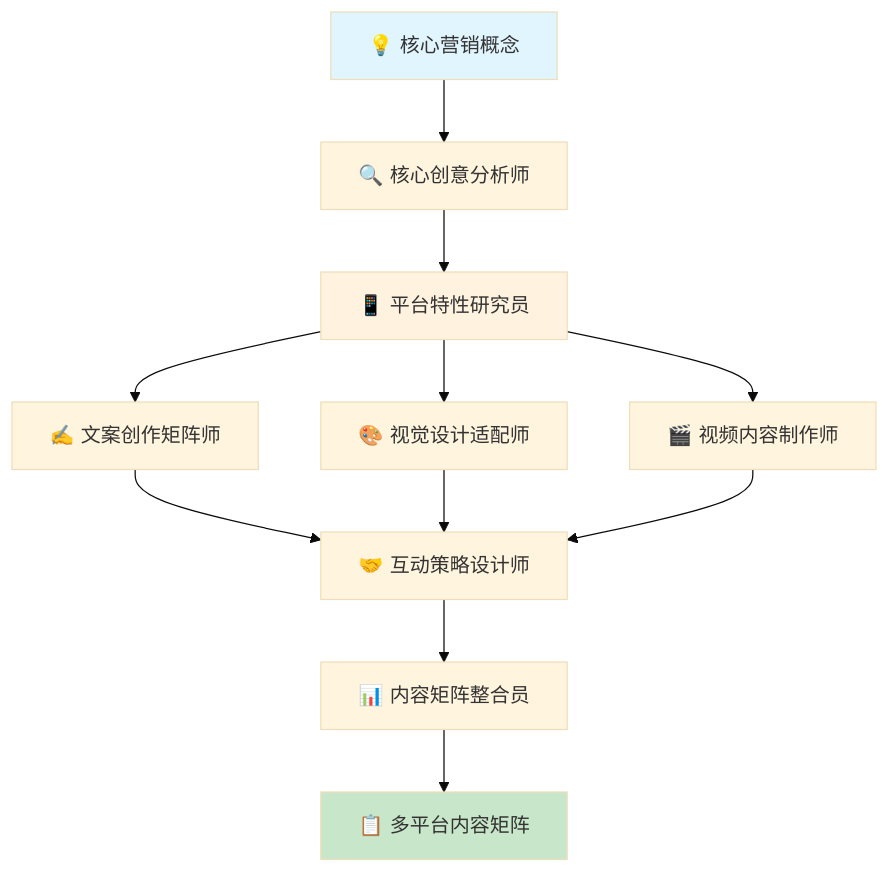
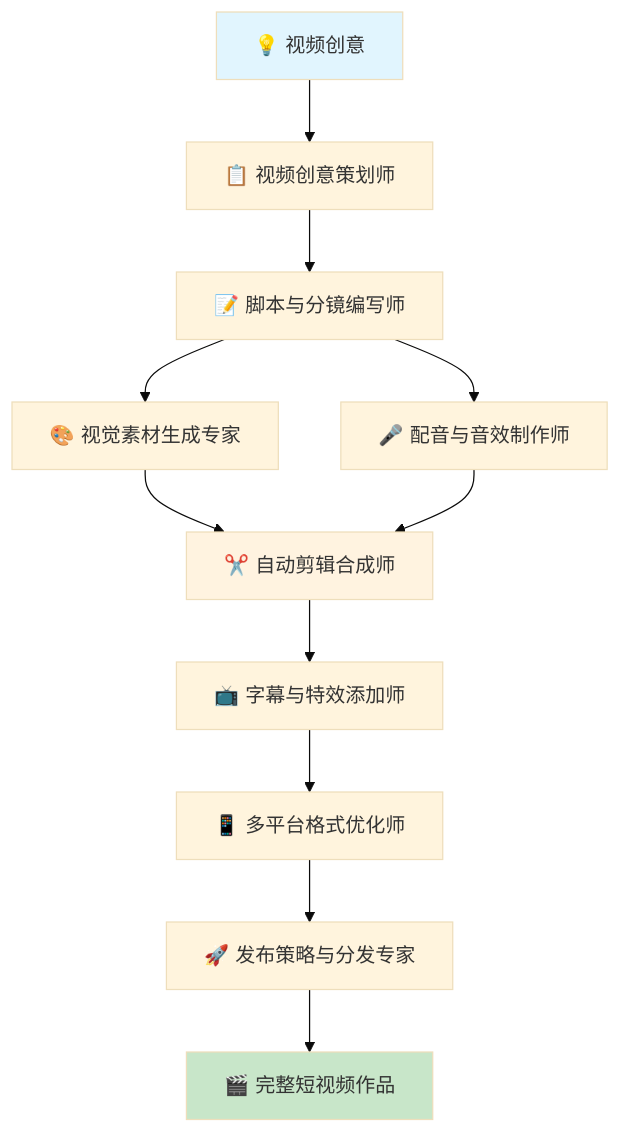
Before and after one commit to pftom/refly-use-cases: the second of 21 diagrams in use-cases/detailed-use-cases.md, drawn with Mermaid (base theme). The commit also changed other lines of this file and 1 other file, not shown here.

````diff
--- a/use-cases/detailed-use-cases.md
+++ b/use-cases/detailed-use-cases.md
@@ -315,17 +181,17 @@
 ```mermaid
 graph TD
-    A[💡 核心营销概念] --> B[🔍 核心创意分析师]
-    B --> C[📱 平台特性研究员]
-    C --> D[✍️ 文案创作矩阵师]
-    C --> E[🎨 视觉设计适配师]
-    C --> F[🎬 视频内容制作师]
-    D --> G[🤝 互动策略设计师]
-    E --> G
-    F --> G
-    G --> H[📊 内容矩阵整合员]
-    H --> I[📋 多平台内容矩阵]
+    A[💡 视频创意] --> B[📋 视频创意策划师]
+    B --> C[📝 脚本与分镜编写师]
+    C --> D[🎨 视觉素材生成专家]
+    C --> E[🎤 配音与音效制作师]
+    D --> F[✂️ 自动剪辑合成师]
+    E --> F
+    F --> G[📺 字幕与特效添加师]
+    G --> H[📱 多平台格式优化师]
+    H --> I[🚀 发布策略与分发专家]
+    I --> J[🎬 完整短视频作品]
     
     style A fill:#e1f5fe
-    style I fill:#c8e6c9
-    style C fill:#fff3e0
+    style J fill:#c8e6c9
+    style F fill:#fff3e0
 ```
````
